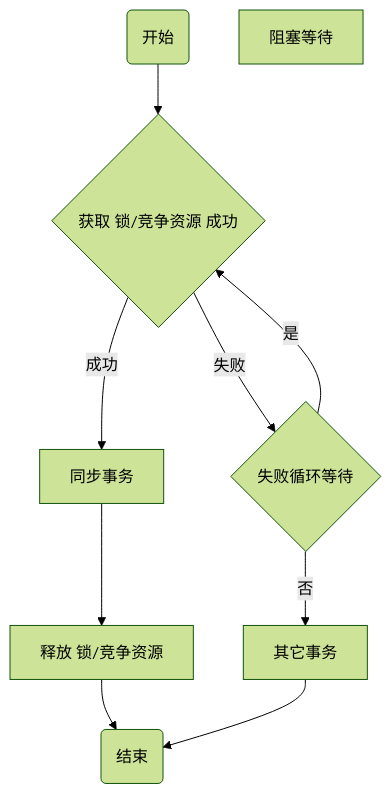
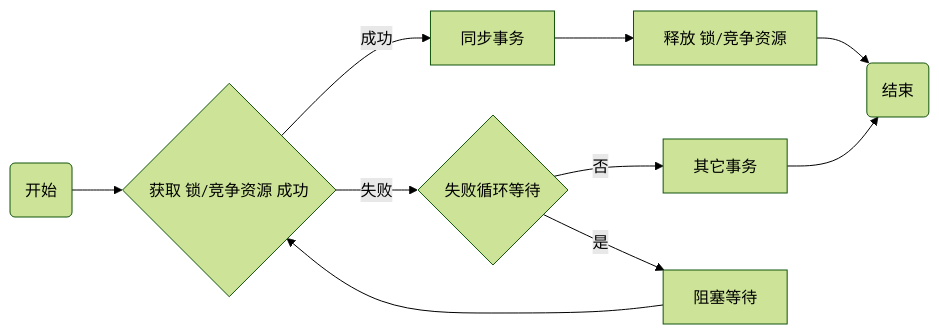
Before and after one commit to gittauros/kaleido-palutena: the diagram in java/javaAqsLearn1.md, drawn with Mermaid (forest theme).

````diff
--- a/java/javaAqsLearn1.md
+++ b/java/javaAqsLearn1.md
@@ -20,20 +20,21 @@
 ```mermaid
-graph TB 
+graph LR 
 st(开始)
 e(结束)
 lock{获取 锁/竞争资源 成功}
 block{失败循环等待}
 failCode[其它事务]
 syncCode[同步事务]
 release[释放 锁/竞争资源]
 wait[阻塞等待]
 
 st --> lock
 lock -->|成功| syncCode
 syncCode --> release
 release --> e
 lock -->|失败| block
-block -->|是| lock
+block -->|是| wait
+wait --> lock
 block -->|否| failCode
 failCode --> e
 ```
````
